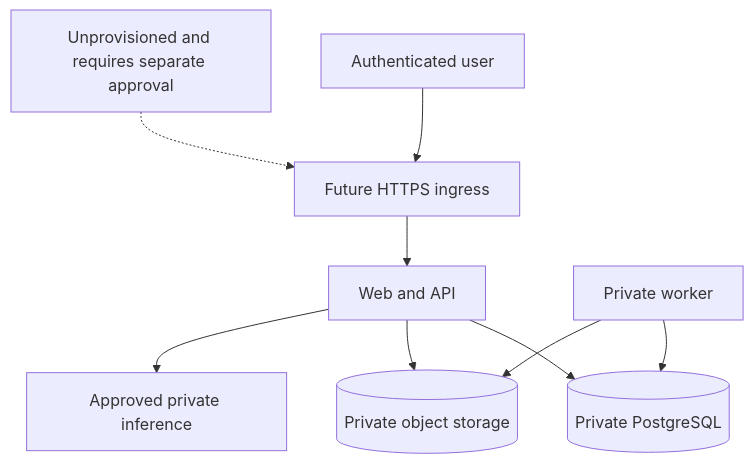
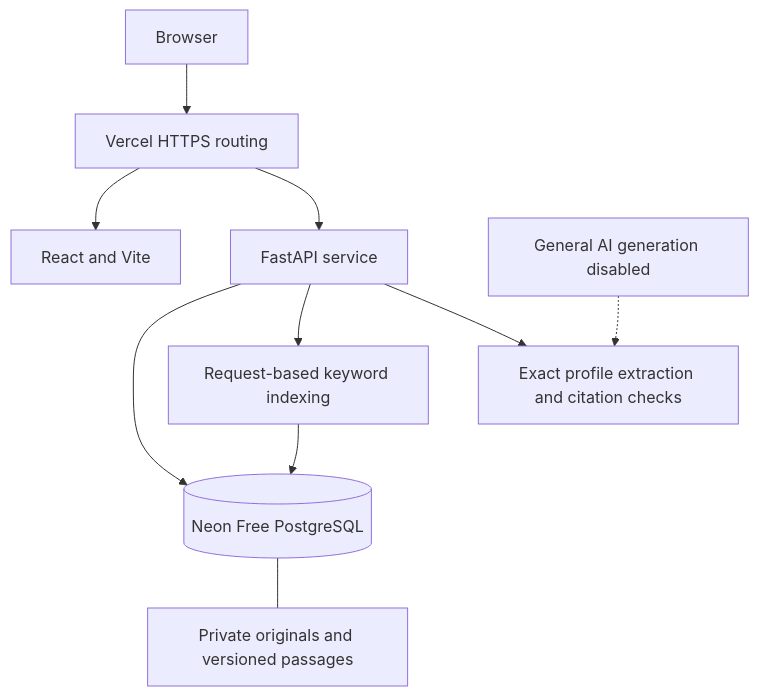
Before and after one commit to SaiSakethN/knowdoc-ai: the diagram in docs/architecture/diagrams/optional-cloud.mmd, drawn with Mermaid. The commit also changed 27 other files, not shown here.

```diff
--- a/docs/architecture/diagrams/optional-cloud.mmd
+++ b/docs/architecture/diagrams/optional-cloud.mmd
@@ -1,9 +1,10 @@
 flowchart TD
- User[Authenticated user] --> TLS[Future HTTPS ingress]
- TLS --> App[Web and API]
- App --> DB[(Private PostgreSQL)]
- App --> Objects[(Private object storage)]
- Worker[Private worker] --> DB
- Worker --> Objects
- App --> Inference[Approved private inference]
- Note[Unprovisioned and requires separate approval] -.-> TLS
+ User[Browser] --> Vercel[Vercel HTTPS routing]
+ Vercel --> Web[React and Vite]
+ Vercel --> API[FastAPI service]
+ API --> DB[(Neon Free PostgreSQL)]
+ DB --- Sources[Private originals and versioned passages]
+ API --> Index[Request-based keyword indexing]
+ Index --> DB
+ API --> Facts[Exact profile extraction and citation checks]
+ Note[General AI generation disabled] -.-> Facts
```
